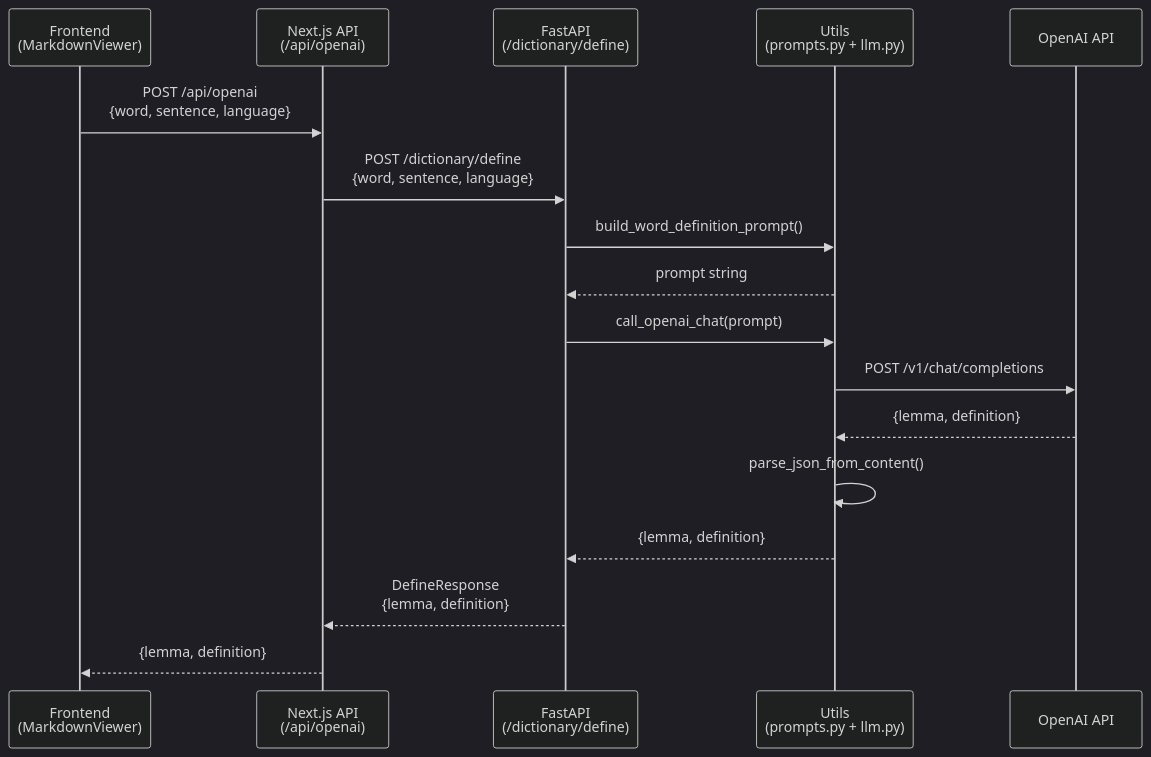
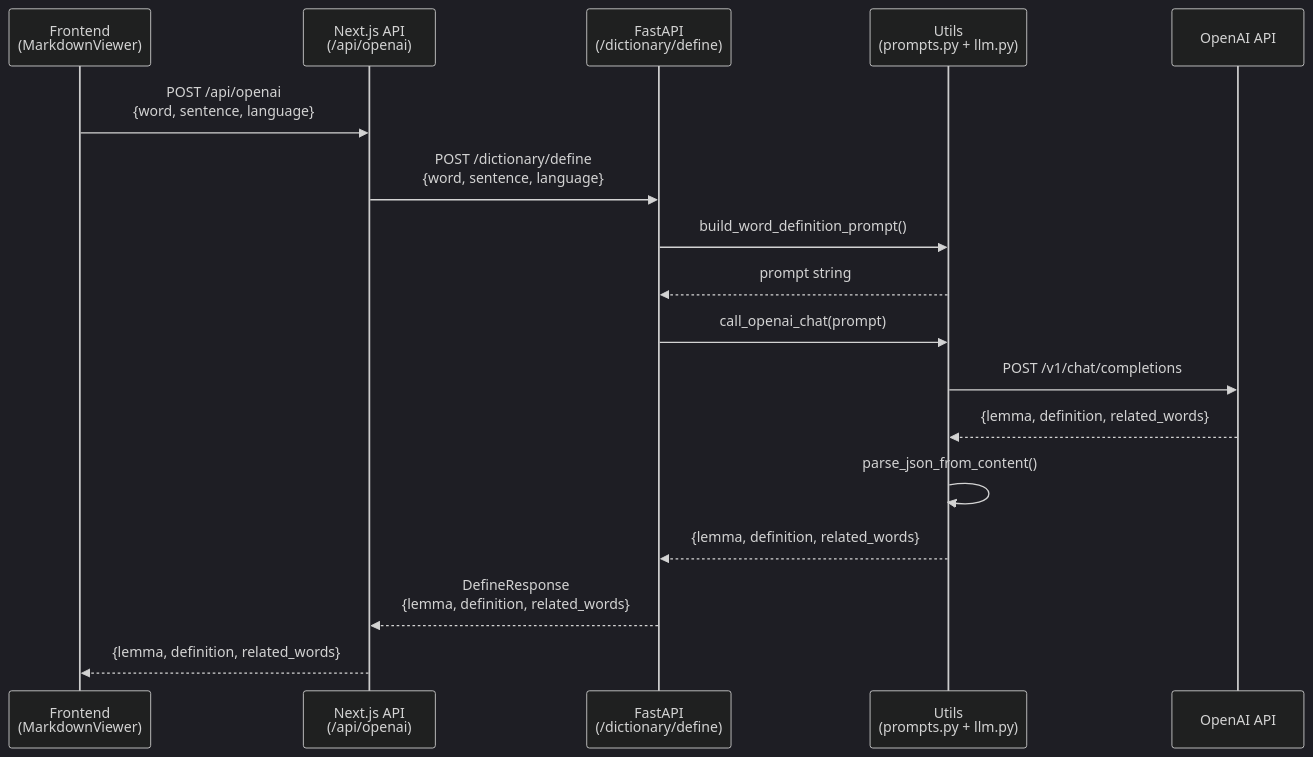
The third of 3 diagrams in ARCHITECTURE.md (seung-gu/opad), drawn with Mermaid (dark theme) before and after one commit. The commit also changed other lines of this file and 3 other files, not shown here.

````diff
--- a/ARCHITECTURE.md
+++ b/ARCHITECTURE.md
@@ -381,23 +392,23 @@
 ```mermaid
 sequenceDiagram
     participant Frontend as Frontend<br/>(MarkdownViewer)
     participant NextAPI as Next.js API<br/>(/api/openai)
     participant FastAPI as FastAPI<br/>(/dictionary/define)
     participant Utils as Utils<br/>(prompts.py + llm.py)
     participant OpenAI as OpenAI API
     
     Frontend->>NextAPI: POST /api/openai<br/>{word, sentence, language}
     NextAPI->>FastAPI: POST /dictionary/define<br/>{word, sentence, language}
     
     FastAPI->>Utils: build_word_definition_prompt()
     Utils-->>FastAPI: prompt string
     
     FastAPI->>Utils: call_openai_chat(prompt)
     Utils->>OpenAI: POST /v1/chat/completions
-    OpenAI-->>Utils: {lemma, definition}
+    OpenAI-->>Utils: {lemma, definition, related_words}
     Utils->>Utils: parse_json_from_content()
-    Utils-->>FastAPI: {lemma, definition}
+    Utils-->>FastAPI: {lemma, definition, related_words}
     
-    FastAPI-->>NextAPI: DefineResponse<br/>{lemma, definition}
-    NextAPI-->>Frontend: {lemma, definition}
+    FastAPI-->>NextAPI: DefineResponse<br/>{lemma, definition, related_words}
+    NextAPI-->>Frontend: {lemma, definition, related_words}
 ```
````
